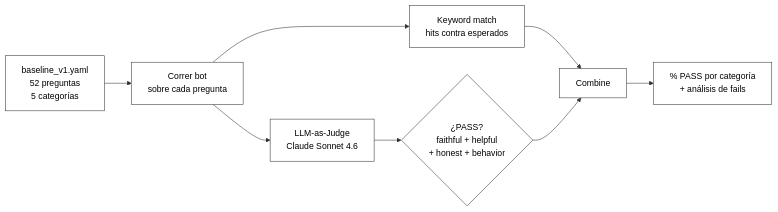
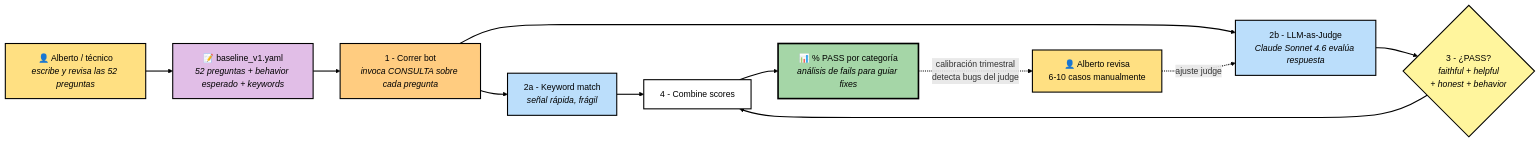
One commit to albertofontiber/technical_bot changed the seventh of 8 diagrams in docs/ARCHITECTURE.md. Above: the diagram before and after it, drawn with Mermaid. The commit also changed other lines of this file and 1 other file, not shown here.

````diff
--- a/docs/ARCHITECTURE.md
+++ b/docs/ARCHITECTURE.md
@@ -335,11 +430,25 @@
 ```mermaid
-%%{init: {'theme':'base', 'themeVariables': {'primaryColor':'#ffffff','primaryTextColor':'#000000','primaryBorderColor':'#333333','lineColor':'#333333'}}}%%
 flowchart LR
-    YAML[baseline_v1.yaml<br>52 preguntas<br>5 categorías] --> Runner[Correr bot<br>sobre cada pregunta]
-    Runner --> Score1[Keyword match<br>hits contra esperados]
-    Runner --> Score2[LLM-as-Judge<br>Claude Sonnet 4.6]
-    Score2 --> J{¿PASS?<br>faithful + helpful<br>+ honest + behavior}
-    Score1 --> Combine[Combine]
+    Human[👤 Alberto / técnico<br><i>escribe y revisa las 52 preguntas</i>] --> YAML
+    YAML[📝 baseline_v1.yaml<br><i>52 preguntas + behavior esperado + keywords</i>] --> Runner[1 - Correr bot<br><i>invoca CONSULTA sobre cada pregunta</i>]
+    Runner --> Score1[2a - Keyword match<br><i>señal rápida, frágil</i>]
+    Runner --> Score2[2b - LLM-as-Judge<br><i>Claude Sonnet 4.6 evalúa respuesta</i>]
+    Score2 --> J{3 - ¿PASS?<br><i>faithful + helpful<br>+ honest + behavior</i>}
+    Score1 --> Combine[4 - Combine scores]
     J --> Combine
-    Combine --> Report[% PASS por categoría<br>+ análisis de fails]
+    Combine --> Report[📊 % PASS por categoría<br><i>análisis de fails para guiar fixes</i>]
+    Report -.->|calibración trimestral<br>detecta bugs del judge| HumanReview[👤 Alberto revisa<br>6-10 casos manualmente]
+    HumanReview -.->|ajuste judge| Score2
+
+    style Human fill:#ffe082,stroke:#000000,color:#000000,stroke-width:2px
+    style YAML fill:#e1bee7,stroke:#000000,color:#000000,stroke-width:2px
+    style Runner fill:#ffcc80,stroke:#000000,color:#000000,stroke-width:2px
+    style Score1 fill:#bbdefb,stroke:#000000,color:#000000,stroke-width:2px
+    style Score2 fill:#bbdefb,stroke:#000000,color:#000000,stroke-width:2px
+    style J fill:#fff59d,stroke:#000000,color:#000000,stroke-width:2px
+    style Combine fill:#ffffff,stroke:#000000,color:#000000,stroke-width:2px
+    style Report fill:#a5d6a7,stroke:#000000,color:#000000,stroke-width:3px
+    style HumanReview fill:#ffe082,stroke:#000000,color:#000000,stroke-width:2px
+
+    linkStyle default stroke:#000000,stroke-width:2px
 ```
````
